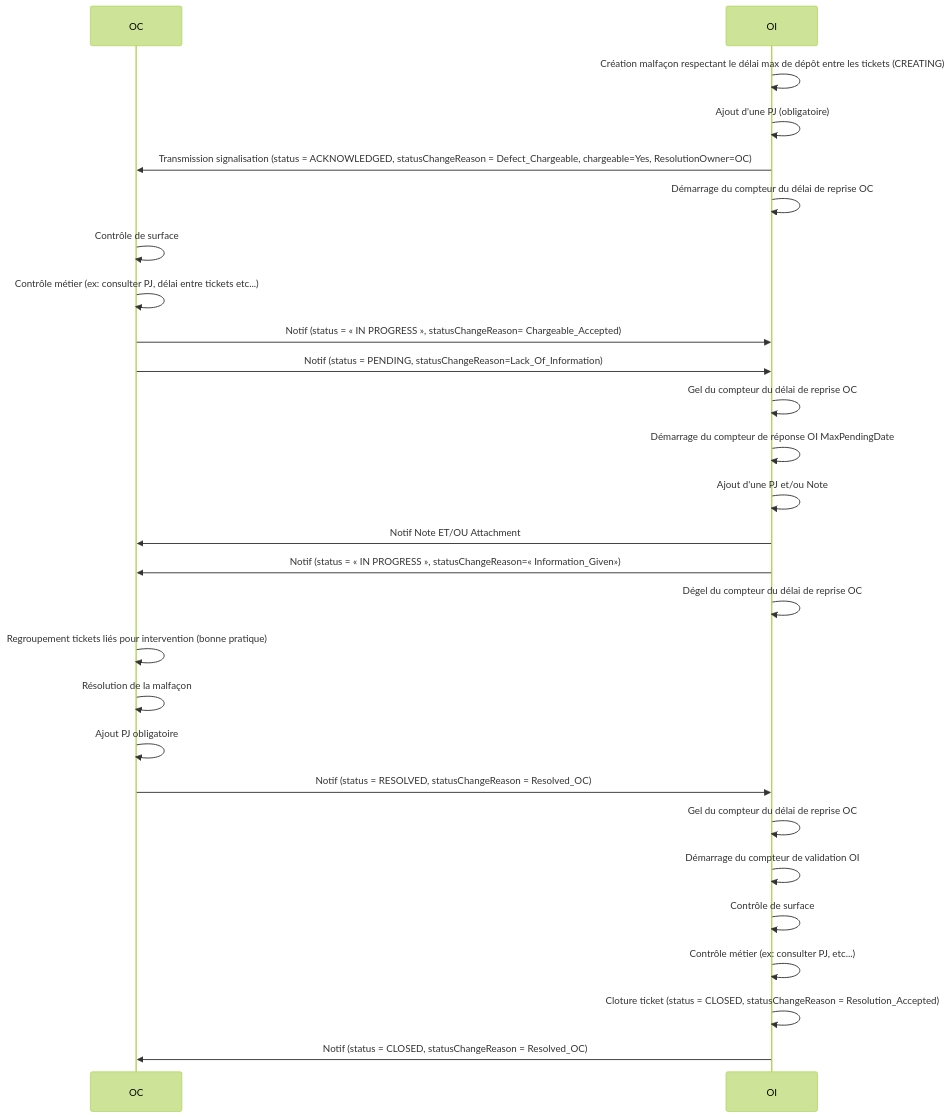
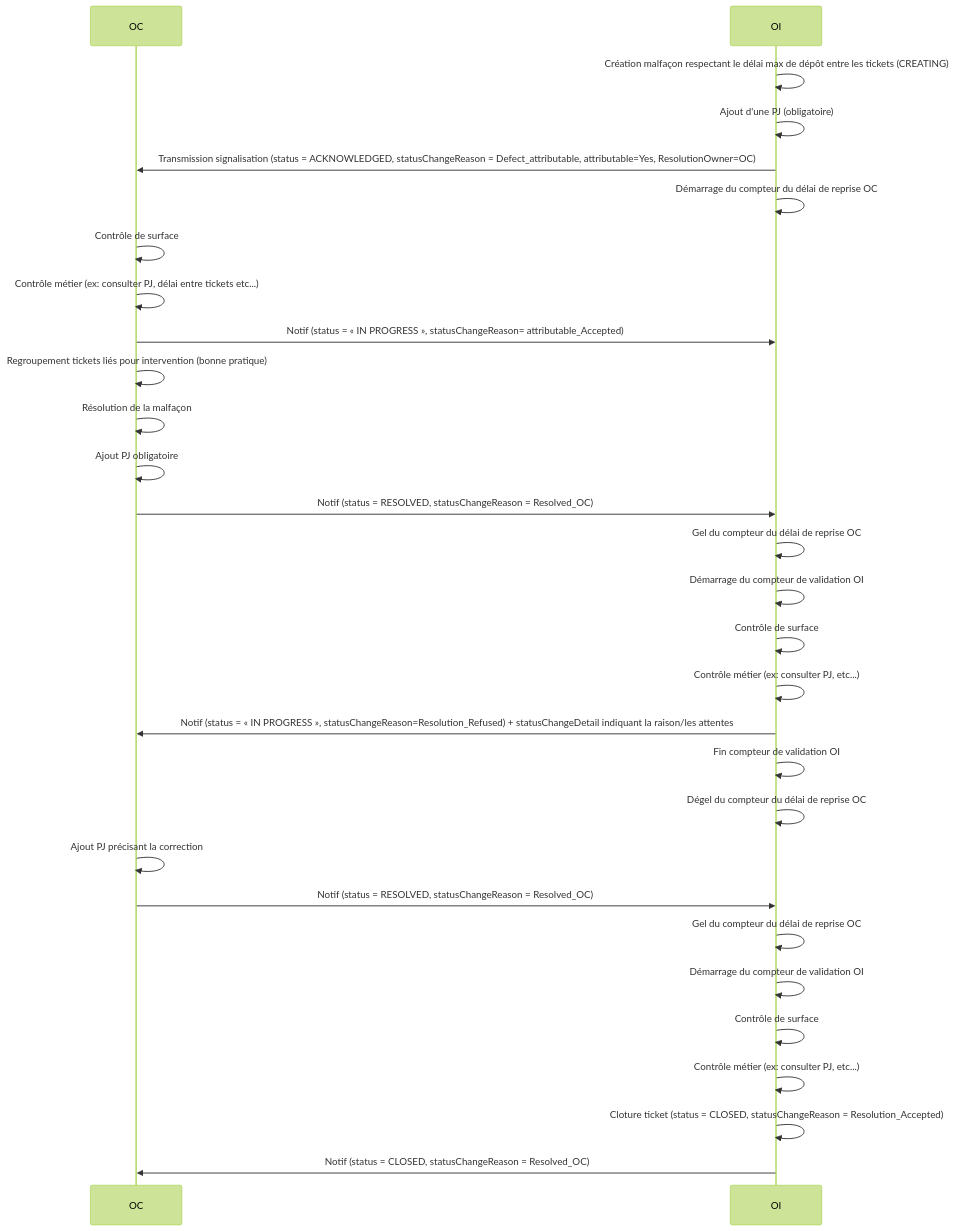
One commit to before-interop/malfacon changed the eighth of 12 diagrams in README.md. Above: the diagram before and after it, drawn with Mermaid (forest theme). The commit also changed other lines of this file, not shown here.

````diff
--- a/README.md
+++ b/README.md
@@ -499,31 +527,33 @@
 ```mermaid
 sequenceDiagram
 
   participant OC
   participant OI
 
   OI->>OI: Création malfaçon respectant le délai max de dépôt entre les tickets (CREATING)
   OI->>OI: Ajout d'une PJ (obligatoire)
-  OI->>OC: Transmission signalisation (status = ACKNOWLEDGED, statusChangeReason = Defect_Chargeable, chargeable=Yes, ResolutionOwner=OC)
+  OI->>OC: Transmission signalisation (status = ACKNOWLEDGED, statusChangeReason = Defect_attributable, attributable=Yes, ResolutionOwner=OC)
   OI->>OI: Démarrage du compteur du délai de reprise OC
   OC->>OC: Contrôle de surface
   OC->>OC: Contrôle métier (ex: consulter PJ, délai entre tickets etc...)
-  OC->>OI: Notif (status = « IN PROGRESS », statusChangeReason= Chargeable_Accepted)
-  OC->>OI: Notif (status = PENDING, statusChangeReason=Lack_Of_Information)
-  OI->>OI: Gel du compteur du délai de reprise OC
-  OI->>OI: Démarrage du compteur de réponse OI MaxPendingDate
-  OI->>OI: Ajout d'une PJ et/ou Note
-  OI->>OC: Notif Note ET/OU Attachment
-  OI->>OC: Notif (status = « IN PROGRESS », statusChangeReason=« Information_Given»)
-  OI->>OI: Dégel du compteur du délai de reprise OC
+  OC->>OI: Notif (status = « IN PROGRESS », statusChangeReason= attributable_Accepted)
   OC->>OC: Regroupement tickets liés pour intervention (bonne pratique)
   OC->>OC: Résolution de la malfaçon
   OC->>OC: Ajout PJ obligatoire
   OC->>OI: Notif (status = RESOLVED, statusChangeReason = Resolved_OC)
   OI->>OI: Gel du compteur du délai de reprise OC
   OI->>OI: Démarrage du compteur de validation OI
   OI->>OI: Contrôle de surface
   OI->>OI: Contrôle métier (ex: consulter PJ, etc...)
+  OI->>OC: Notif (status = « IN PROGRESS », statusChangeReason=Resolution_Refused) + statusChangeDetail indiquant la raison/les attentes
+  OI->>OI: Fin compteur de validation OI
+  OI->>OI: Dégel du compteur du délai de reprise OC
+  OC->>OC: Ajout PJ précisant la correction
+  OC->>OI: Notif (status = RESOLVED, statusChangeReason = Resolved_OC)
+  OI->>OI: Gel du compteur du délai de reprise OC
+  OI->>OI: Démarrage du compteur de validation OI
+  OI->>OI: Contrôle de surface
+  OI->>OI: Contrôle métier (ex: consulter PJ, etc...)
   OI->>OI: Cloture ticket (status = CLOSED, statusChangeReason = Resolution_Accepted)
   OI->>OC: Notif (status = CLOSED, statusChangeReason = Resolved_OC)
 ```
````
